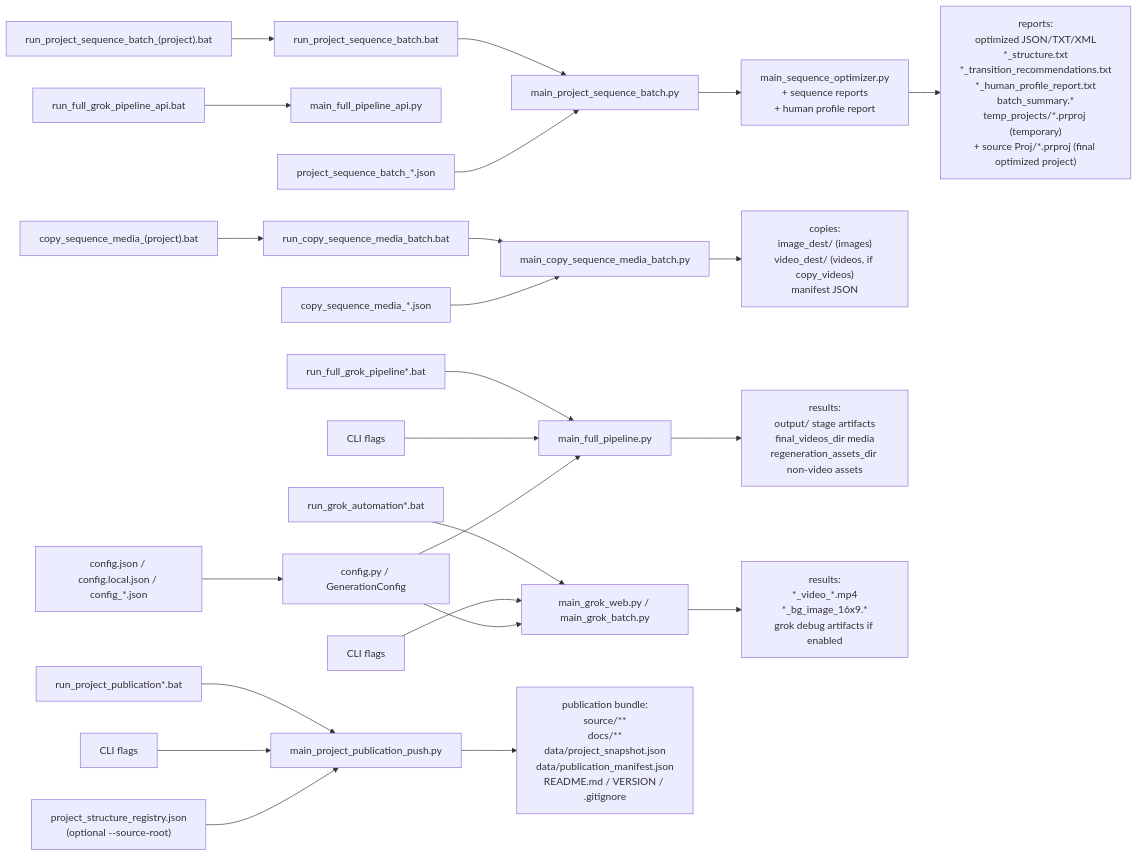
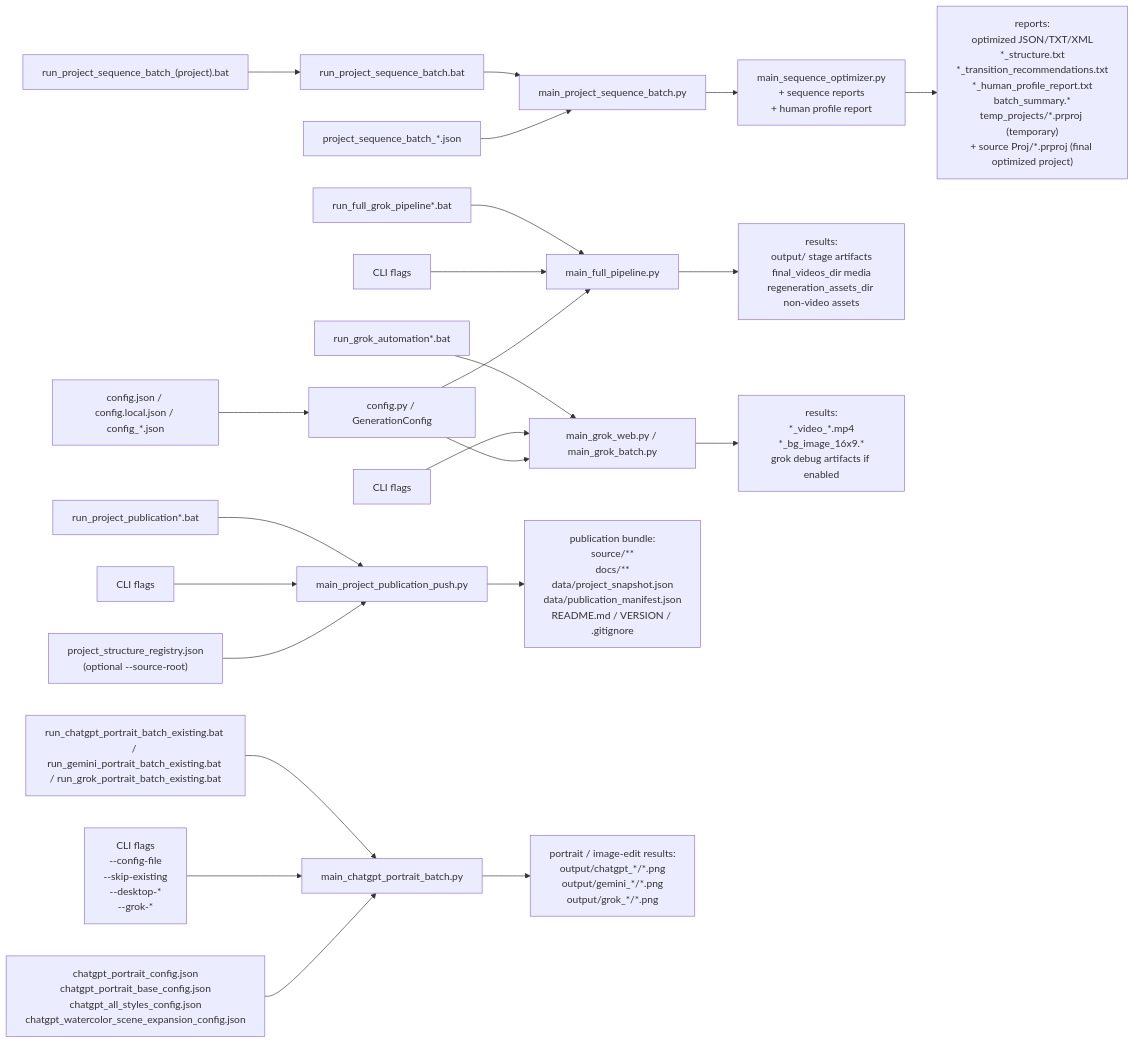
Before and after one commit to sergey-frd/Memory-to-Video_Agent: the diagram in source/docs/USER_GUIDE_EN.md, drawn with Mermaid. The commit also changed other lines of this file and 95 other files, not shown here.

````diff
--- a/source/docs/USER_GUIDE_EN.md
+++ b/source/docs/USER_GUIDE_EN.md
@@ -304,31 +519,29 @@
 ```mermaid
 flowchart LR
   B1["run_full_grok_pipeline*.bat"] --> P1["main_full_pipeline.py"]
-  B1A["run_full_grok_pipeline_api.bat"] --> P1A["main_full_pipeline_api.py"]
   B2["run_grok_automation*.bat"] --> P2["main_grok_web.py / main_grok_batch.py"]
   B3A["run_project_sequence_batch_(project).bat"] --> B3["run_project_sequence_batch.bat"]
-  B6A["copy_sequence_media_(project).bat"] --> B6["run_copy_sequence_media_batch.bat"]
-  B6 --> P6["main_copy_sequence_media_batch.py"]
   B3 --> P3["main_project_sequence_batch.py"]
   B4["run_project_publication*.bat"] --> P4["main_project_publication_push.py"]
+  B5["run_chatgpt_portrait_batch_existing.bat / run_gemini_portrait_batch_existing.bat / run_grok_portrait_batch_existing.bat"] --> P6["main_chatgpt_portrait_batch.py"]
 
   A1["CLI flags"] --> P1
   A2["CLI flags"] --> P2
+  A5["CLI flags\n--config-file\n--skip-existing\n--desktop-*\n--grok-*"] --> P6
   C1["config.json / config.local.json / config_*.json"] --> G1["config.py / GenerationConfig"]
   G1 --> P1
   G1 --> P2
+  C5["chatgpt_portrait_config.json\nchatgpt_portrait_base_config.json\nchatgpt_all_styles_config.json\nchatgpt_watercolor_scene_expansion_config.json"] --> P6
 
   C3["project_sequence_batch_*.json"] --> P3
   P3 --> P5["main_sequence_optimizer.py\n+ sequence reports\n+ human profile report"]
-
-  C6["copy_sequence_media_*.json"] --> P6
-  P6 --> O6["copies:\nimage_dest/ (images)\nvideo_dest/ (videos, if copy_videos)\nmanifest JSON"]
 
   A4["CLI flags"] --> P4
   R1["project_structure_registry.json\n(optional --source-root)"] --> P4
 
   P1 --> O1["results:\noutput/ stage artifacts\nfinal_videos_dir media\nregeneration_assets_dir non-video assets"]
   P2 --> O2["results:\n*_video_*.mp4\n*_bg_image_16x9.*\ngrok debug artifacts if enabled"]
   P5 --> O3["reports:\noptimized JSON/TXT/XML\n*_structure.txt\n*_transition_recommendations.txt\n*_human_profile_report.txt\nbatch_summary.*\ntemp_projects/*.prproj (temporary)\n+ source Proj/*.prproj (final optimized project)"]
   P4 --> O4["publication bundle:\nsource/**\ndocs/**\ndata/project_snapshot.json\ndata/publication_manifest.json\nREADME.md / VERSION / .gitignore"]
+  P6 --> O5["portrait / image-edit results:\noutput/chatgpt_*/*.png\noutput/gemini_*/*.png\noutput/grok_*/*.png"]
 ```
````
